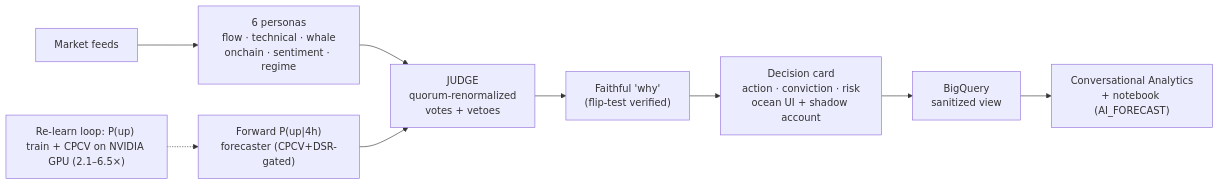
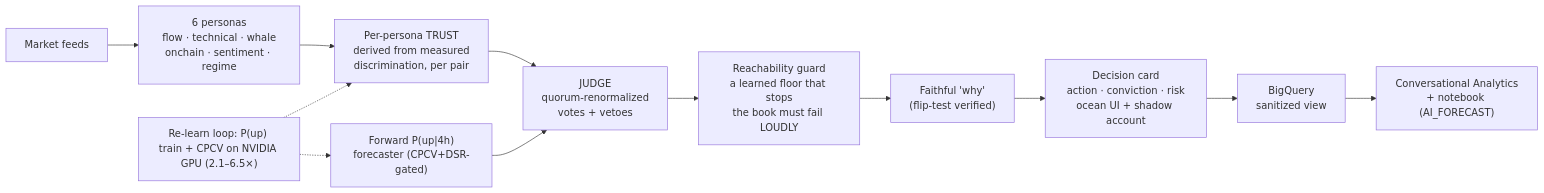
Before and after one commit to JannetEkka/smt-apac: the second of 3 diagrams in docs/ARCHITECTURE.md, drawn with Mermaid. The commit also changed other lines of this file and 1 other file, not shown here.

````diff
--- a/docs/ARCHITECTURE.md
+++ b/docs/ARCHITECTURE.md
@@ -23,11 +23,14 @@
 ```mermaid
 flowchart LR
     F["Market feeds"] --> P["6 personas<br/>flow · technical · whale<br/>onchain · sentiment · regime"]
-    P --> J["JUDGE<br/>quorum-renormalized<br/>votes + vetoes"]
+    P --> T["Per-persona TRUST<br/>derived from measured<br/>discrimination, per pair"]
+    T --> J["JUDGE<br/>quorum-renormalized<br/>votes + vetoes"]
     FC["Forward P(up|4h)<br/>forecaster (CPCV+DSR-gated)"] --> J
-    J --> W["Faithful 'why'<br/>(flip-test verified)"]
+    J --> G["Reachability guard<br/>a learned floor that stops<br/>the book must fail LOUDLY"]
+    G --> W["Faithful 'why'<br/>(flip-test verified)"]
     W --> D["Decision card<br/>action · conviction · risk<br/>ocean UI + shadow account"]
     D --> B["BigQuery<br/>sanitized view"]
     B --> A["Conversational Analytics<br/>+ notebook (AI_FORECAST)"]
     V["Re-learn loop: P(up) train + CPCV on NVIDIA GPU (2.1–6.5×)"] -.-> FC
+    V -.-> T
 ```
````
